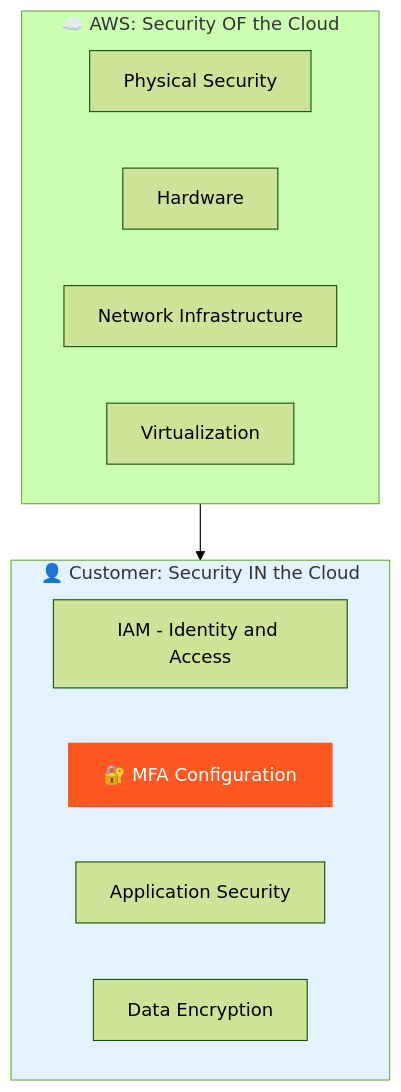
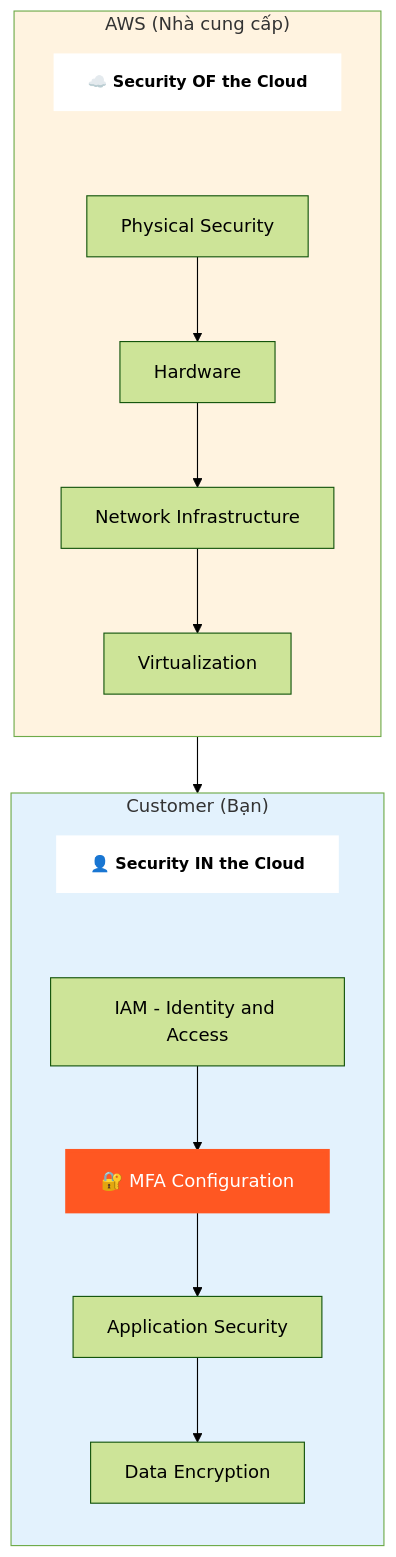
One commit to tietvinhphu/AWS-Journey changed the third of 6 diagrams in Hành trình lên mây/Lab-02 - Cách Bật Xác Thực 2 Lớp (MFA) Cho AWS - Hướng Dẫn Chi Tiết/README.md. Above: the diagram before and after it, drawn with Mermaid (forest theme).

Commit message:
docs: finalize Lab-02 README with MFA guide, fixed mermaid diagrams, and updated auto-sync script

````diff
--- a/Hành trình lên mây/Lab-02 - Cách Bật Xác Thực 2 Lớp (MFA) Cho AWS - Hướng Dẫn Chi Tiết/README.md
+++ b/Hành trình lên mây/Lab-02 - Cách Bật Xác Thực 2 Lớp (MFA) Cho AWS - Hướng Dẫn Chi Tiết/README.md
@@ -140,22 +140,33 @@
 ```mermaid
 flowchart TB
-    subgraph AWS["☁️ AWS: Security OF the Cloud"]
+    subgraph AWS_Zone ["AWS (Nhà cung cấp)"]
+        direction TB
+        Title1["☁️ Security <b>OF</b> the Cloud"]:::header
         A[Physical Security]
         B[Hardware]
         C[Network Infrastructure]
         D[Virtualization]
+        
+        Title1 ~~~ A
+        A --> B --> C --> D
     end
 
-    subgraph Customer["👤 Customer: Security IN the Cloud"]
+    subgraph Customer_Zone ["Customer (Bạn)"]
+        direction TB
+        Title2["👤 Security <b>IN</b> the Cloud"]:::header
         E[IAM - Identity and Access]
         F[🔐 MFA Configuration]
         G[Application Security]
         H[Data Encryption]
+        
+        Title2 ~~~ E
+        E --> F --> G --> H
     end
 
-    AWS --> Customer
+    AWS_Zone --> Customer_Zone
 
+    classDef header fill:#fff,stroke:none,font-weight:bold,font-size:14px
     style F fill:#FF5722,color:#fff,stroke:#FF5722,stroke-width:3px
-    style Customer fill:#E3F2FD
-
+    style Customer_Zone fill:#E3F2FD
+    style AWS_Zone fill:#FFF3E0
 ```
````
